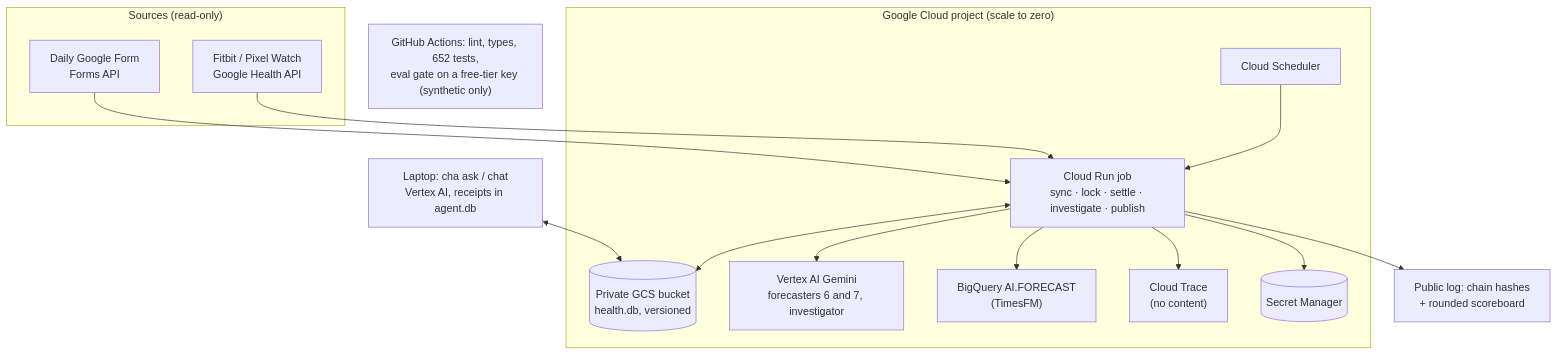
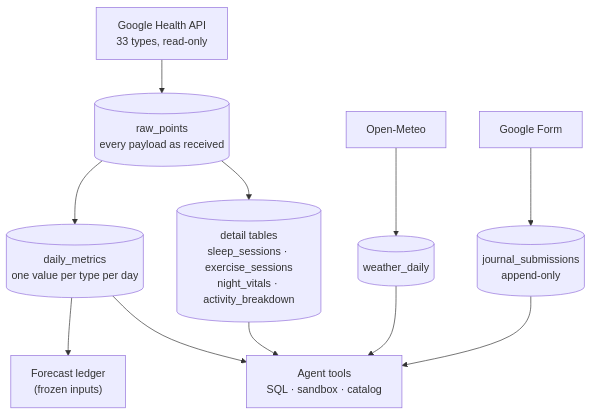
Before and after one commit to kb2326/calibrated-health-agent: the third of 4 diagrams in README.md, drawn with Mermaid. The commit also changed other lines of this file and 3 other files, not shown here.

First line of the commit message:
docs: portfolio README with architecture diagrams; docs reflect the Phase 4.5 agent

````diff
--- a/README.md
+++ b/README.md
@@ -173,20 +137,13 @@
 ```mermaid
 flowchart TB
-  subgraph sources["Sources (read-only)"]
-    watch["Fitbit / Pixel Watch<br/>Google Health API"]
-    form["Daily Google Form<br/>Forms API"]
-  end
-  subgraph gcp["Google Cloud project (scale to zero)"]
-    sched["Cloud Scheduler"] --> job["Cloud Run job<br/>sync · lock · settle · investigate · publish"]
-    job <--> bucket[("Private GCS bucket<br/>health.db, versioned")]
-    job --> vertex["Vertex AI Gemini<br/>forecasters 6 and 7, investigator"]
-    job --> bq["BigQuery AI.FORECAST<br/>(TimesFM)"]
-    job --> trace["Cloud Trace<br/>(no content)"]
-    job --> sm[("Secret Manager")]
-  end
-  laptop["Laptop: cha ask / chat<br/>Vertex AI, receipts in agent.db"] <--> bucket
-  watch --> job
-  form --> job
-  job --> log["Public log: chain hashes<br/>+ rounded scoreboard"]
-  ci["GitHub Actions: lint, types, 652 tests,<br/>eval gate on a free-tier key (synthetic only)"]
+  api["Google Health API<br/>33 types, read-only"] --> raw[("raw_points<br/>every payload as received")]
+  raw --> daily[("daily_metrics<br/>one value per type per day")]
+  raw --> detail[("detail tables<br/>sleep_sessions · exercise_sessions<br/>night_vitals · activity_breakdown")]
+  meteo["Open-Meteo"] --> weather[("weather_daily")]
+  journal["Google Form"] --> jt[("journal_submissions<br/>append-only")]
+  daily --> agent["Agent tools<br/>SQL · sandbox · catalog"]
+  detail --> agent
+  weather --> agent
+  jt --> agent
+  daily --> ledger["Forecast ledger<br/>(frozen inputs)"]
 ```
````
